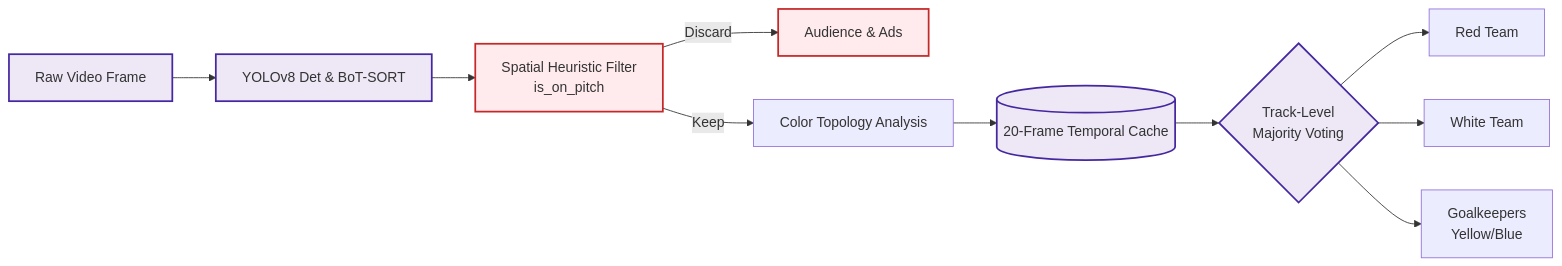
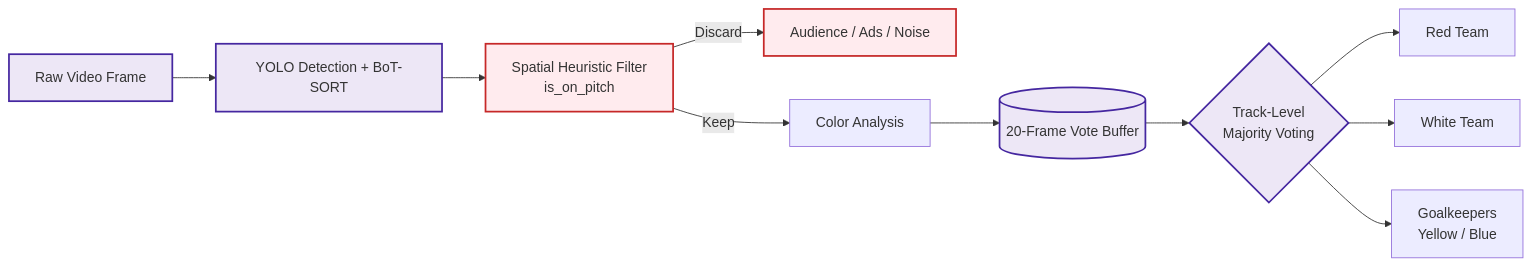
Before and after one commit to Nikolavye/Machine-Learning-Computer-Vision-Portfolio: the second of 3 diagrams in README.md, drawn with Mermaid. The commit also changed other lines of this file and 1 other file, not shown here.

Commit message:
docs: add distributed microservice architecture blueprint and docker-compose

````diff
--- a/README.md
+++ b/README.md
@@ -87,21 +150,21 @@
 ```mermaid
 flowchart LR
     classDef core fill:#ede7f6,stroke:#4527a0,stroke-width:2px;
     classDef filter fill:#ffebee,stroke:#c62828,stroke-width:2px;
 
-    Frame[Raw Video Frame] --> YOLO[YOLOv8 Det & BoT-SORT]
+    Frame[Raw Video Frame] --> YOLO[YOLO Detection + BoT-SORT]
     YOLO --> Filter[Spatial Heuristic Filter<br>is_on_pitch]
-    
-    Filter -- Discard --> Garbage[Audience & Ads]
-    Filter -- Keep --> HSV[Color Topology Analysis]
-    
-    HSV --> Cache[(20-Frame Temporal Cache)]
+
+    Filter -- Discard --> Garbage[Audience / Ads / Noise]
+    Filter -- Keep --> HSV[Color Analysis]
+
+    HSV --> Cache[(20-Frame Vote Buffer)]
     Cache --> Vote{Track-Level<br>Majority Voting}
-    
+
     Vote --> Red[Red Team]
     Vote --> White[White Team]
-    Vote --> GK[Goalkeepers<br>Yellow/Blue]
+    Vote --> GK[Goalkeepers<br>Yellow / Blue]
 
     class Frame,YOLO,Cache,Vote core;
     class Filter,Garbage filter;
 ```
````
